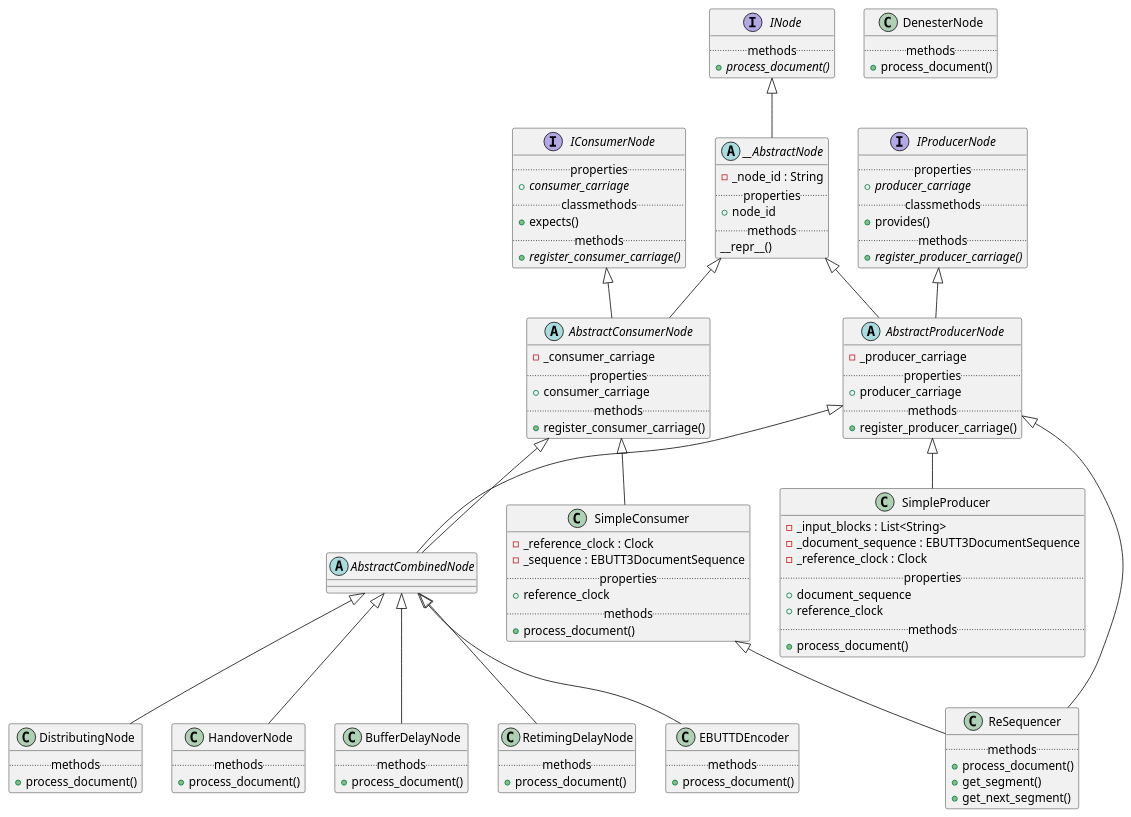
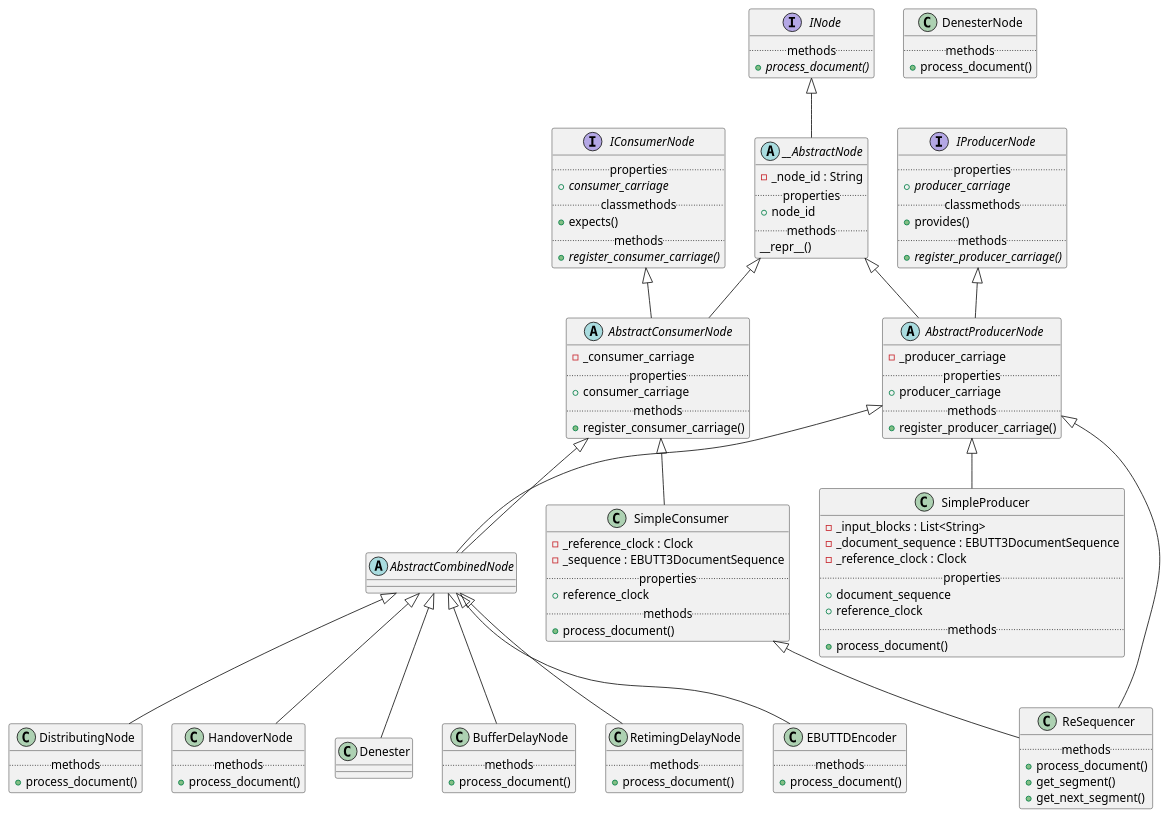
The diagram in docs/source/inode.puml (ebu/ebu-tt-live-toolkit), drawn with PlantUML before and after one commit. The commit also changed 108 other files, not shown here.

```diff
--- a/docs/source/inode.puml
+++ b/docs/source/inode.puml
@@ -1,123 +1,124 @@
 @startuml
 
 interface INode {
   ..methods..
   +{abstract} process_document()
 }
 interface IConsumerNode {
   ..properties..
   +{abstract} consumer_carriage
   ..classmethods..
   +expects()
   ..methods..
   +{abstract}register_consumer_carriage()
 }
 interface IProducerNode {
   ..properties..
   +{abstract} producer_carriage
   ..classmethods..
   +provides()
   ..methods..
   +{abstract}register_producer_carriage()
 }
 
 abstract class __AbstractNode {
   -_node_id : String
   ..properties..
   +node_id
   ..methods..
   __repr__()
 }
 abstract class AbstractConsumerNode {
   -_consumer_carriage
   ..properties..
   +consumer_carriage
   ..methods..
   +register_consumer_carriage()
 }
 abstract class AbstractProducerNode {
   -_producer_carriage
   ..properties..
   +producer_carriage
   ..methods..
   +register_producer_carriage()
 }
 abstract class AbstractCombinedNode {
 }
 
 class SimpleProducer {
   -_input_blocks : List<String>
   -_document_sequence : EBUTT3DocumentSequence
   -_reference_clock : Clock
   ..properties..
   +document_sequence
   +reference_clock
   ..methods..
   +process_document()
 }
 
 class SimpleConsumer {
   -_reference_clock : Clock
   -_sequence : EBUTT3DocumentSequence
   ..properties..
   +reference_clock
   ..methods..
   +process_document()
 }
 
 class BufferDelayNode {
   ..methods..
   +process_document()
 }
 
 class DenesterNode{
   ..methods..
   +process_document()
 }
 
 class RetimingDelayNode{
   ..methods..
   +process_document()
 }
 
 class EBUTTDEncoder {
   ..methods..
   +process_document()
 }
 
 class DistributingNode {
   ..methods..
   +process_document()
 }
 
 class ReSequencer {
   ..methods..
   +process_document()
   +get_segment()
   +get_next_segment()
 }
 
 class HandoverNode {
   ..methods..
   +process_document()
 }
 
 INode <|-- __AbstractNode
 __AbstractNode <|-- AbstractConsumerNode
 IConsumerNode <|-- AbstractConsumerNode
 __AbstractNode <|-- AbstractProducerNode
 IProducerNode <|-- AbstractProducerNode
 AbstractConsumerNode <|-- AbstractCombinedNode
 AbstractProducerNode <|-- AbstractCombinedNode
 
 AbstractProducerNode <|-- SimpleProducer
 AbstractProducerNode <|-- ReSequencer
 AbstractConsumerNode <|-- SimpleConsumer
+AbstractCombinedNode <|-- Denester
 AbstractCombinedNode <|-- EBUTTDEncoder
 AbstractCombinedNode <|-- BufferDelayNode
 AbstractCombinedNode <|-- RetimingDelayNode
 AbstractCombinedNode <|-- DistributingNode
 AbstractCombinedNode <|-- HandoverNode
 SimpleConsumer <|-- ReSequencer
 
 @enduml
```
